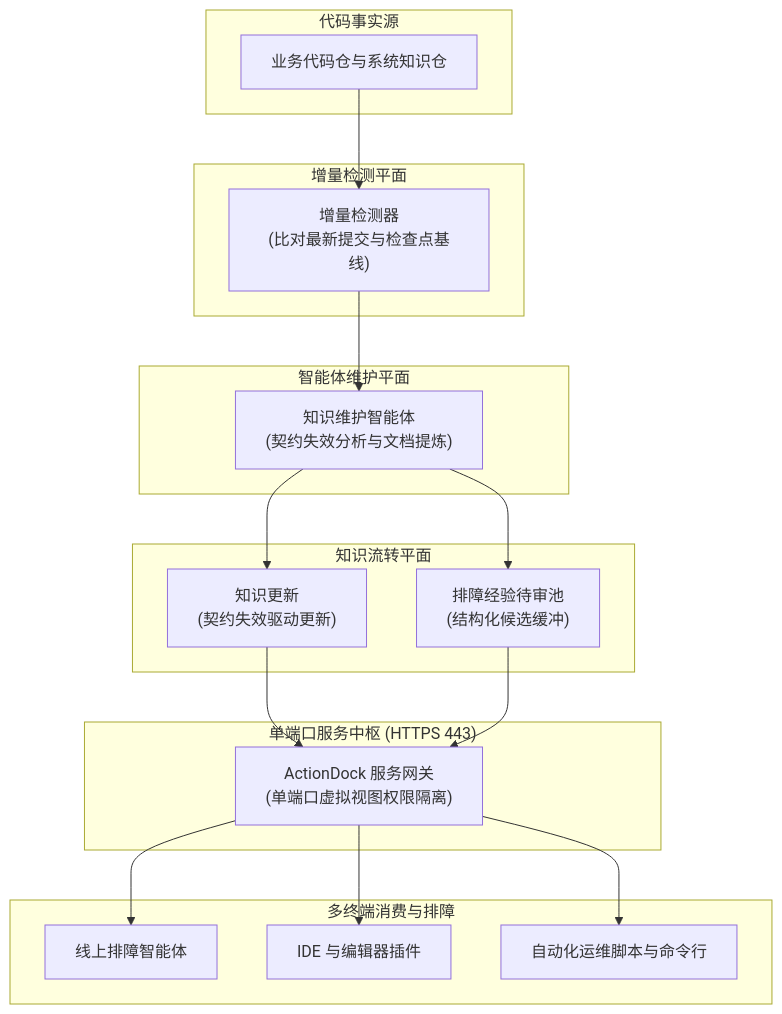
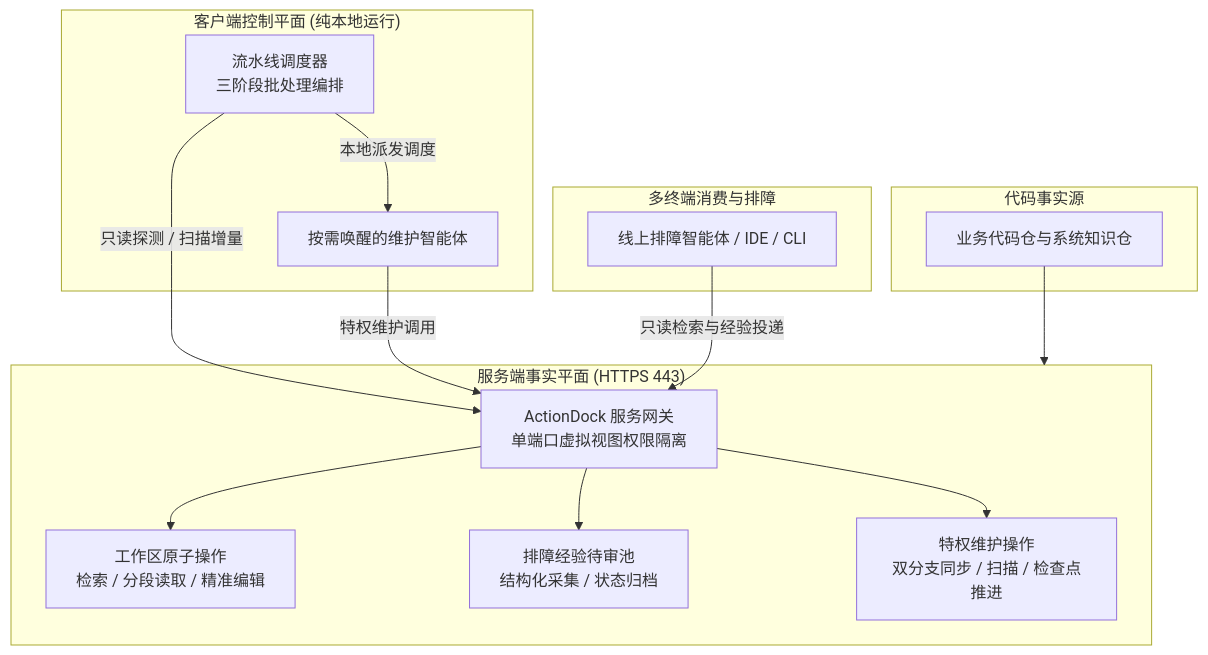
One commit to fjay/knowledge-dock changed the diagram in docs/architecture.md. Above: the diagram before and after it, drawn with Mermaid. The commit also changed other lines of this file, not shown here.

Commit message:
docs: rewrite architecture.md with concise table-driven style

````diff
--- a/docs/architecture.md
+++ b/docs/architecture.md
@@ -40,39 +33,31 @@
 ```mermaid
 flowchart TD
     subgraph GitSource ["代码事实源"]
         Repo["业务代码仓与系统知识仓"]
     end
 
-    subgraph DetectionPlane ["增量检测平面"]
-        Detector["增量检测器<br/>(比对最新提交与检查点基线)"]
+    subgraph ServerPlane ["服务端事实平面 (HTTPS 443)"]
+        Gate["ActionDock 服务网关<br/>单端口虚拟视图权限隔离"]
+        WS["工作区原子操作<br/>检索 / 分段读取 / 精准编辑"]
+        IB["排障经验待审池<br/>结构化采集 / 状态归档"]
+        MT["特权维护操作<br/>双分支同步 / 扫描 / 检查点推进"]
     end
 
-    subgraph AgentPlane ["智能体维护平面"]
-        Agent["知识维护智能体<br/>(契约失效分析与文档提炼)"]
-    end
-
-    subgraph KnowledgeHub ["知识流转平面"]
-        Update["知识更新<br/>(契约失效驱动更新)"]
-        Inbox["排障经验待审池<br/>(结构化候选缓冲)"]
-    end
-
-    subgraph ServiceEndpoint ["单端口服务中枢 (HTTPS 443)"]
-        Service["ActionDock 服务网关<br/>(单端口虚拟视图权限隔离)"]
+    subgraph ClientPlane ["客户端控制平面 (纯本地运行)"]
+        Orchestrator["流水线调度器<br/>三阶段批处理编排"]
+        Worker["按需唤醒的维护智能体"]
     end
 
     subgraph ConsumerPlane ["多终端消费与排障"]
-        AgentConsumer["线上排障智能体"]
-        IDEConsumer["IDE 与编辑器插件"]
-        CLIConsumer["自动化运维脚本与命令行"]
+        Reader["线上排障智能体 / IDE / CLI"]
     end
 
-    Repo --> Detector
-    Detector --> Agent
-    Agent --> Update
-    Agent --> Inbox
-    Update --> Service
-    Inbox --> Service
-    Service --> AgentConsumer
-    Service --> IDEConsumer
-    Service --> CLIConsumer
+    Repo --> ServerPlane
+    Orchestrator -->|"只读探测 / 扫描增量"| Gate
+    Orchestrator -->|"本地派发调度"| Worker
+    Worker -->|"特权维护调用"| Gate
+    Gate --> WS
+    Gate --> IB
+    Gate --> MT
+    Reader -->|"只读检索与经验投递"| Gate
 ```
````
